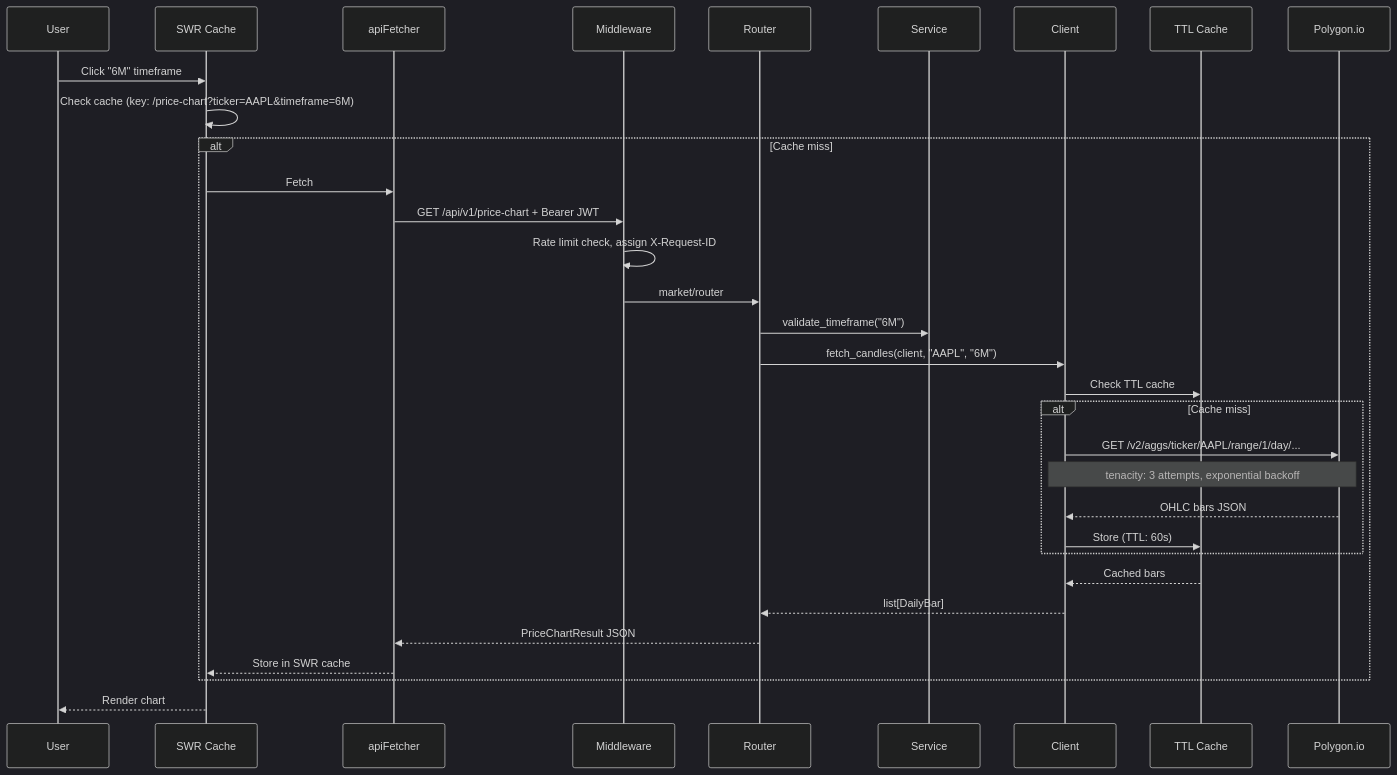
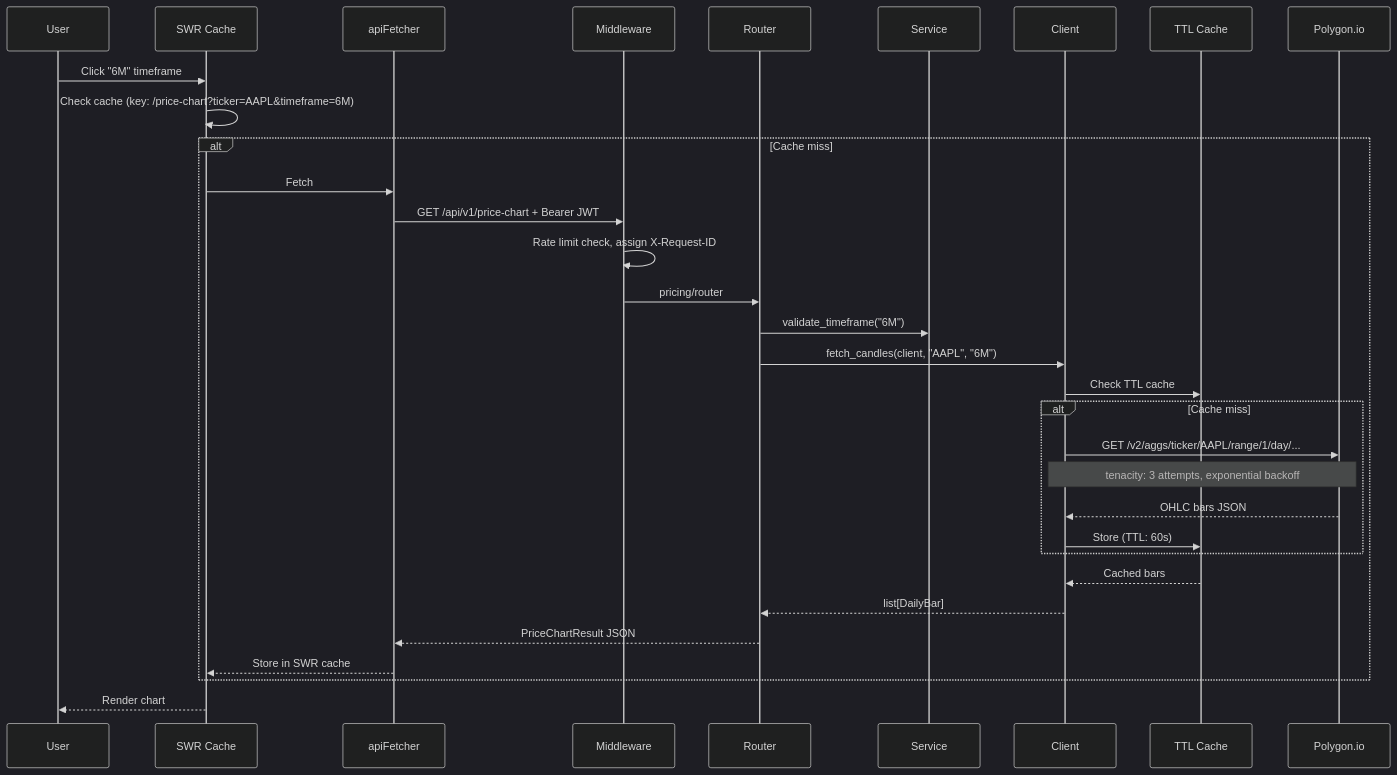
The third of 5 diagrams in project-docs/ARCHITECTURE.md (eshaank/finance-dashboard), drawn with Mermaid (dark theme) before and after one commit. The commit also changed other lines of this file and 55 other files, not shown here.

````diff
--- a/project-docs/ARCHITECTURE.md
+++ b/project-docs/ARCHITECTURE.md
@@ -141,39 +148,39 @@
 ```mermaid
 sequenceDiagram
     participant U as User
     participant SWR as SWR Cache
     participant FE as apiFetcher
     participant MW as Middleware
     participant R as Router
     participant S as Service
     participant C as Client
     participant Cache as TTL Cache
     participant API as Polygon.io
 
     U->>SWR: Click "6M" timeframe
     SWR->>SWR: Check cache (key: /price-chart?ticker=AAPL&timeframe=6M)
 
     alt Cache miss
         SWR->>FE: Fetch
         FE->>MW: GET /api/v1/price-chart + Bearer JWT
         MW->>MW: Rate limit check, assign X-Request-ID
-        MW->>R: market/router
+        MW->>R: pricing/router
         R->>S: validate_timeframe("6M")
         R->>C: fetch_candles(client, "AAPL", "6M")
         C->>Cache: Check TTL cache
 
         alt Cache miss
             C->>API: GET /v2/aggs/ticker/AAPL/range/1/day/...
             Note over C,API: tenacity: 3 attempts, exponential backoff
             API-->>C: OHLC bars JSON
             C->>Cache: Store (TTL: 60s)
         end
 
         Cache-->>C: Cached bars
         C-->>R: list[DailyBar]
         R-->>FE: PriceChartResult JSON
         FE-->>SWR: Store in SWR cache
     end
 
     SWR-->>U: Render chart
 ```
````
